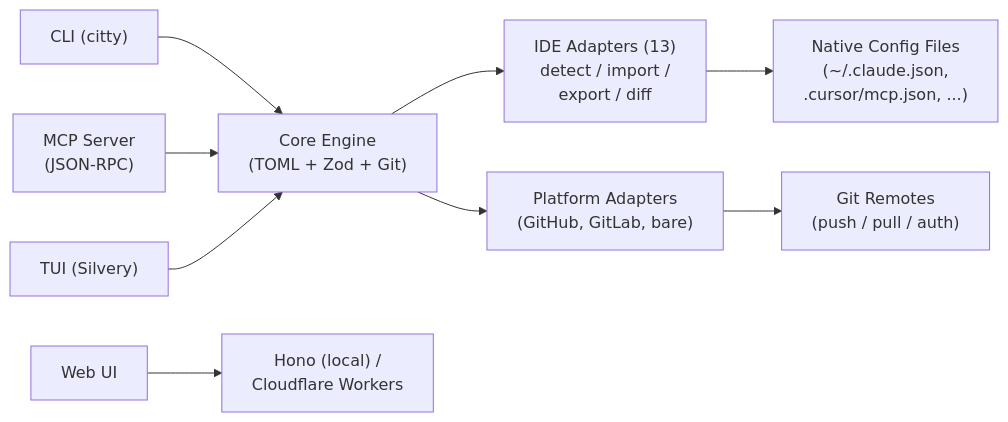
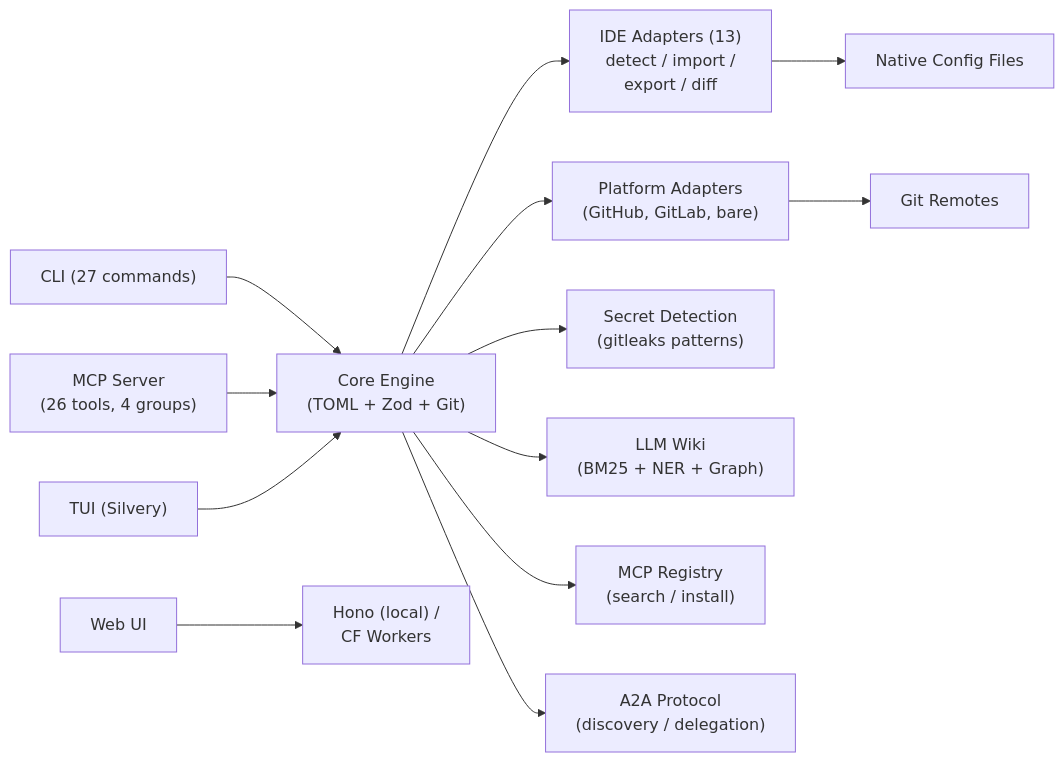
Before and after one commit to Codeseys-Labs/agent-manager: the diagram in README.md, drawn with Mermaid. The commit also changed other lines of this file, not shown here.

````diff
--- a/README.md
+++ b/README.md
@@ -431,13 +538,18 @@
 ```mermaid
 graph LR
-    CLI["CLI (citty)"] --> Core["Core Engine<br/>(TOML + Zod + Git)"]
-    MCP["MCP Server<br/>(JSON-RPC)"] --> Core
+    CLI["CLI (27 commands)"] --> Core["Core Engine<br/>(TOML + Zod + Git)"]
+    MCP["MCP Server<br/>(26 tools, 4 groups)"] --> Core
     TUI["TUI (Silvery)"] --> Core
-    Web["Web UI"] --> Hono["Hono (local) /<br/>Cloudflare Workers"]
+    Web["Web UI"] --> Hono["Hono (local) /<br/>CF Workers"]
 
-    Core --> IDE["IDE Adapters (13)<br/>detect / import /<br/>export / diff"]
+    Core --> Adapters["IDE Adapters (13)<br/>detect / import /<br/>export / diff"]
     Core --> Platform["Platform Adapters<br/>(GitHub, GitLab, bare)"]
+    Core --> Secrets["Secret Detection<br/>(gitleaks patterns)"]
 
-    IDE --> Native["Native Config Files<br/>(~/.claude.json,<br/>.cursor/mcp.json, ...)"]
-    Platform --> Remote["Git Remotes<br/>(push / pull / auth)"]
+    Adapters --> Native["Native Config Files"]
+    Platform --> Remote["Git Remotes"]
+
+    Core --> Wiki["LLM Wiki<br/>(BM25 + NER + Graph)"]
+    Core --> Registry["MCP Registry<br/>(search / install)"]
+    Core --> A2A["A2A Protocol<br/>(discovery / delegation)"]
 ```
````
